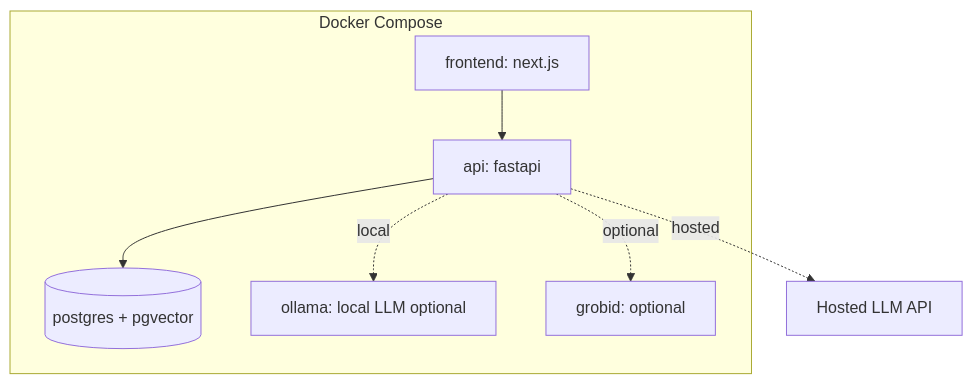
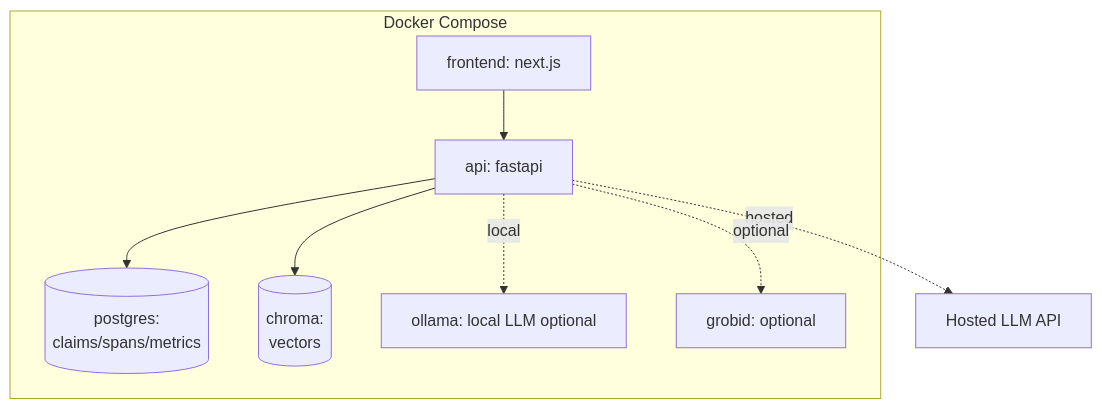
Before and after one commit to gilbert-mutai/unipress-de: the fourth of 4 diagrams in docs/02-architecture.md, drawn with Mermaid. The commit also changed other lines of this file and 2 other files, not shown here.

First line of the commit message:
Switch vector store from pgvector to Chroma

````diff
--- a/docs/02-architecture.md
+++ b/docs/02-architecture.md
@@ -220,15 +221,17 @@
 ```mermaid
 flowchart TD
     subgraph Docker Compose
         FEc[frontend: next.js]
         APIc[api: fastapi]
-        DBc[(postgres + pgvector)]
+        DBc[(postgres:<br/>claims/spans/metrics)]
+        CHc[(chroma:<br/>vectors)]
         OLc[ollama: local LLM optional]
         GRc[grobid: optional]
     end
     FEc --> APIc
     APIc --> DBc
+    APIc --> CHc
     APIc -. local .-> OLc
     APIc -. hosted .-> EXT[Hosted LLM API]
     APIc -. optional .-> GRc
 ```
````
